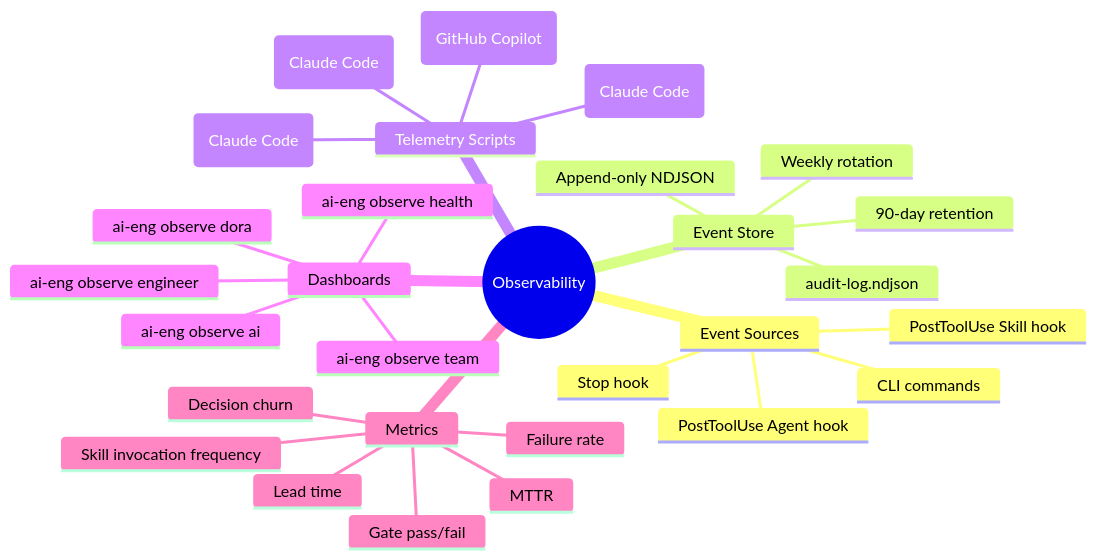
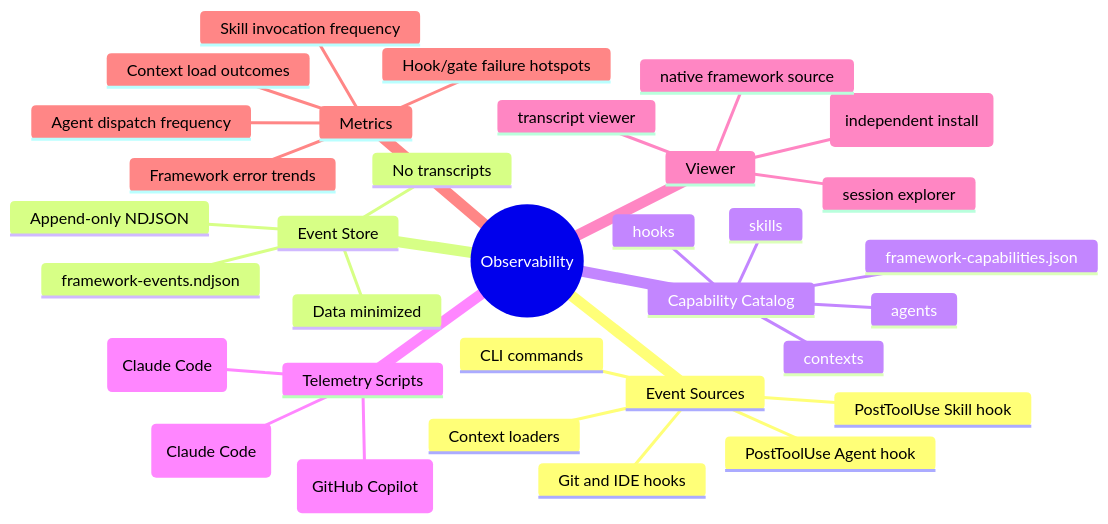
Diagram 11 of 13 in docs/solution-intent.md (arcasilesgroup/ai-engineering), drawn with Mermaid before and after one commit. The commit also changed other lines of this file and 679 other files, not shown here.

````diff
--- a/docs/solution-intent.md
+++ b/docs/solution-intent.md
@@ -603,32 +601,36 @@
 ```mermaid
 mindmap
     root((Observability))
         Event Sources
             PostToolUse Skill hook
             PostToolUse Agent hook
-            Stop hook
+            Context loaders
+            Git and IDE hooks
             CLI commands
         Event Store
-            audit-log.ndjson
+            framework-events.ndjson
             Append-only NDJSON
-            Weekly rotation
-            90-day retention
+            Data minimized
+            No transcripts
+        Capability Catalog
+            framework-capabilities.json
+            skills
+            agents
+            contexts
+            hooks
         Telemetry Scripts
             telemetry-skill.py (Claude Code)
             observe.py (Claude Code)
-            cost-tracker.py (Claude Code)
             copilot-*.sh/.ps1 (GitHub Copilot)
-        Dashboards
-            ai-eng observe engineer
-            ai-eng observe team
-            ai-eng observe ai
-            ai-eng observe dora
-            ai-eng observe health
+        Viewer
+            agentsview (independent install)
+            session explorer
+            transcript viewer
+            native framework source
         Metrics
-            Lead time
-            Failure rate
-            MTTR
-            Gate pass/fail
-            Decision churn
             Skill invocation frequency
+            Agent dispatch frequency
+            Context load outcomes
+            Hook/gate failure hotspots
+            Framework error trends
 ```
````
